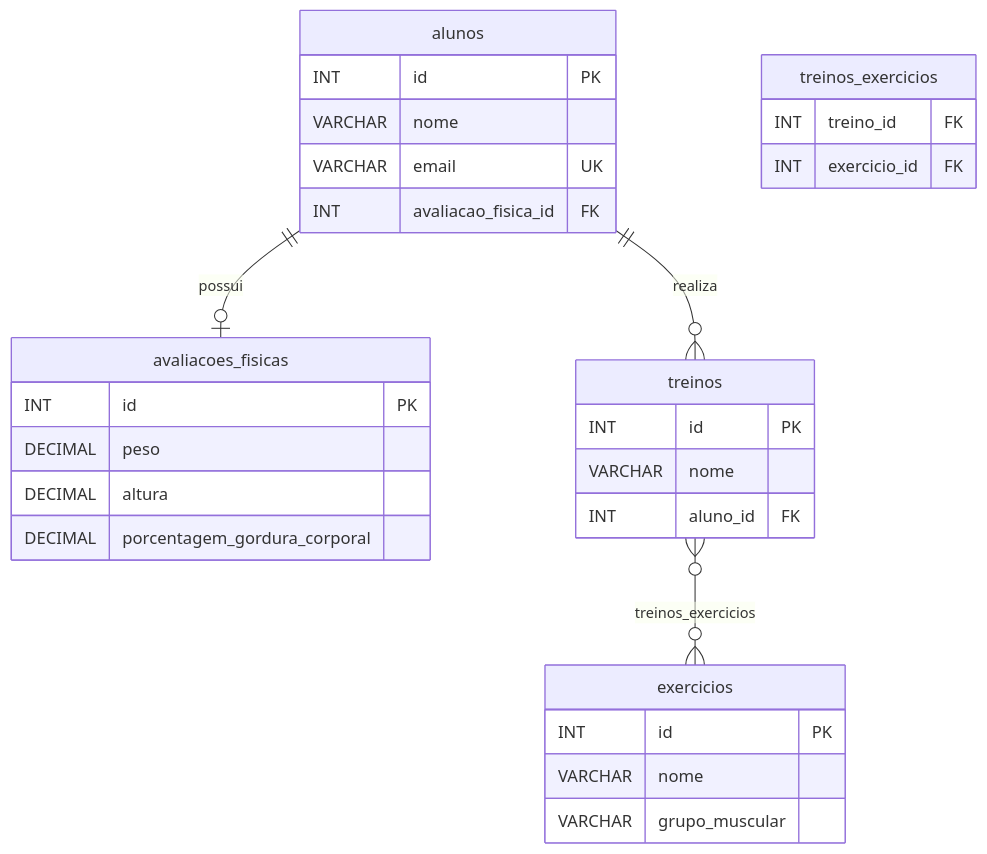
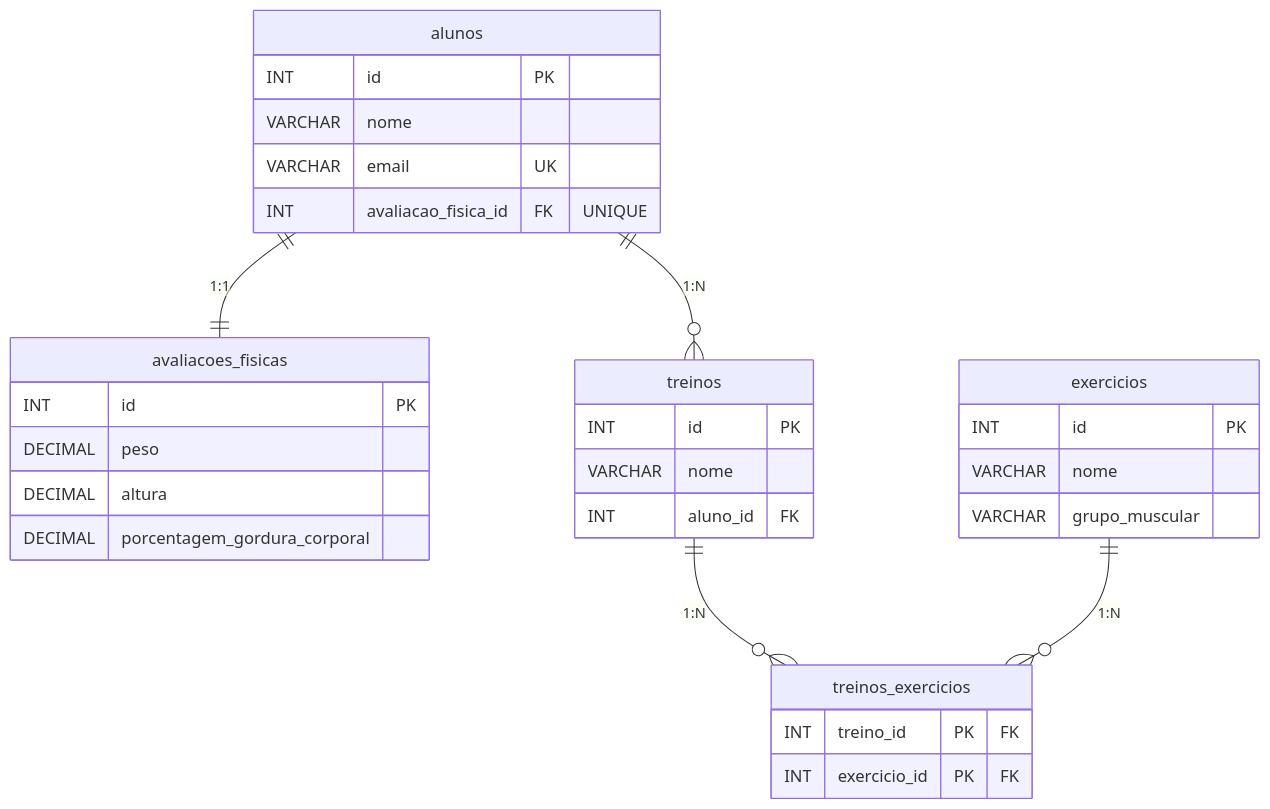
One commit to diogopelinson/spring-jpa changed the diagram in README.md. Above: the diagram before and after it, drawn with Mermaid.

Commit message:
Update foreign key constraints and relationships in README

````diff
--- a/README.md
+++ b/README.md
@@ -24,37 +24,38 @@
 ```mermaid
 erDiagram
     alunos {
         INT id PK
         VARCHAR nome
         VARCHAR email UK
-        INT avaliacao_fisica_id FK
+        INT avaliacao_fisica_id FK "UNIQUE"
     }
 
     avaliacoes_fisicas {
         INT id PK
         DECIMAL peso
         DECIMAL altura
         DECIMAL porcentagem_gordura_corporal
     }
 
     treinos {
         INT id PK
         VARCHAR nome
         INT aluno_id FK
     }
 
     exercicios {
         INT id PK
         VARCHAR nome
         VARCHAR grupo_muscular
     }
 
     treinos_exercicios {
-        INT treino_id FK
-        INT exercicio_id FK
+        INT treino_id PK "FK"
+        INT exercicio_id PK "FK"
     }
 
-    alunos ||--o| avaliacoes_fisicas : "possui"
-    alunos ||--o{ treinos : "realiza"
-    treinos }o--o{ exercicios : "treinos_exercicios"
+    alunos ||--|| avaliacoes_fisicas : "1:1"
+    alunos ||--o{ treinos : "1:N"
+    treinos ||--o{ treinos_exercicios : "1:N"
+    exercicios ||--o{ treinos_exercicios : "1:N"
 ```
````
